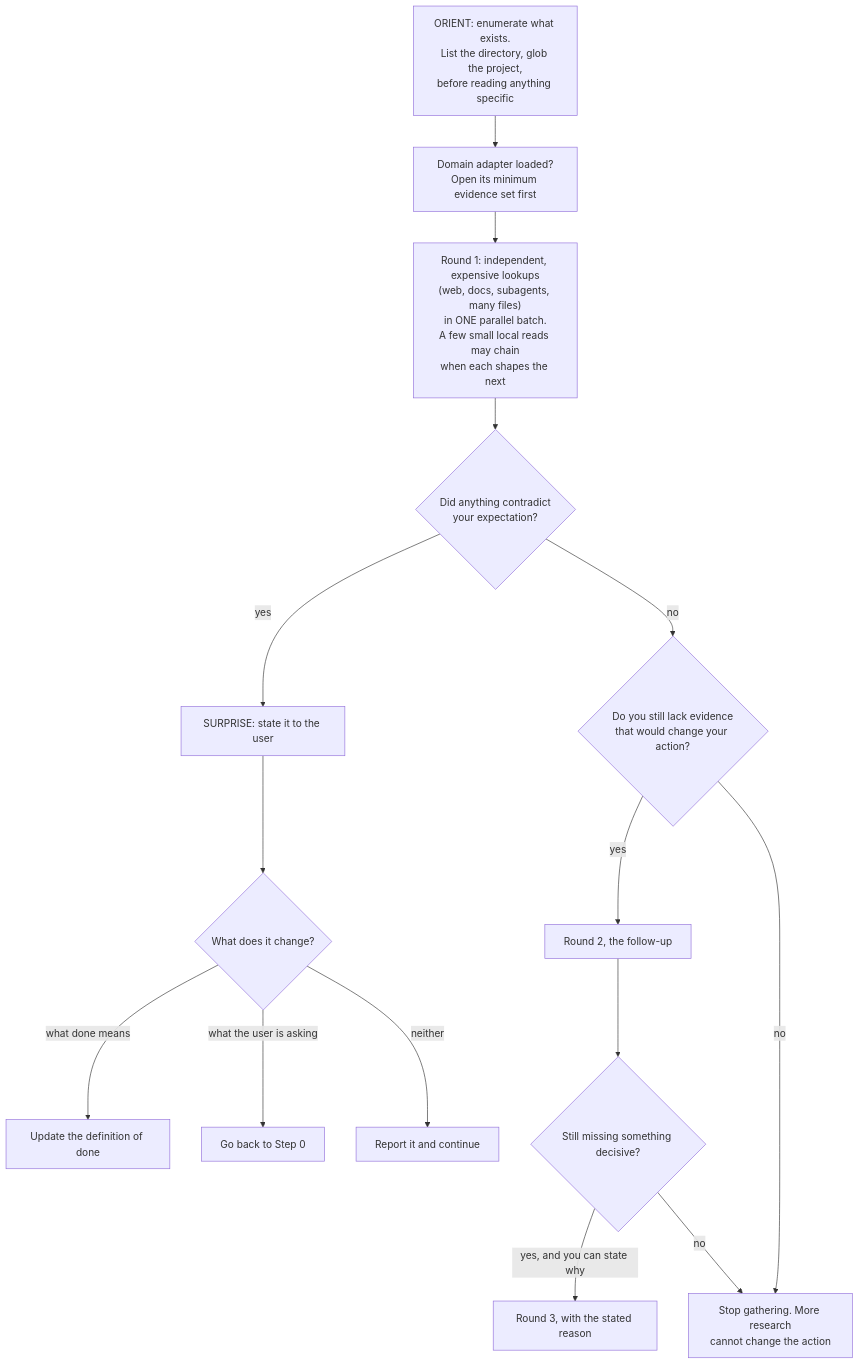
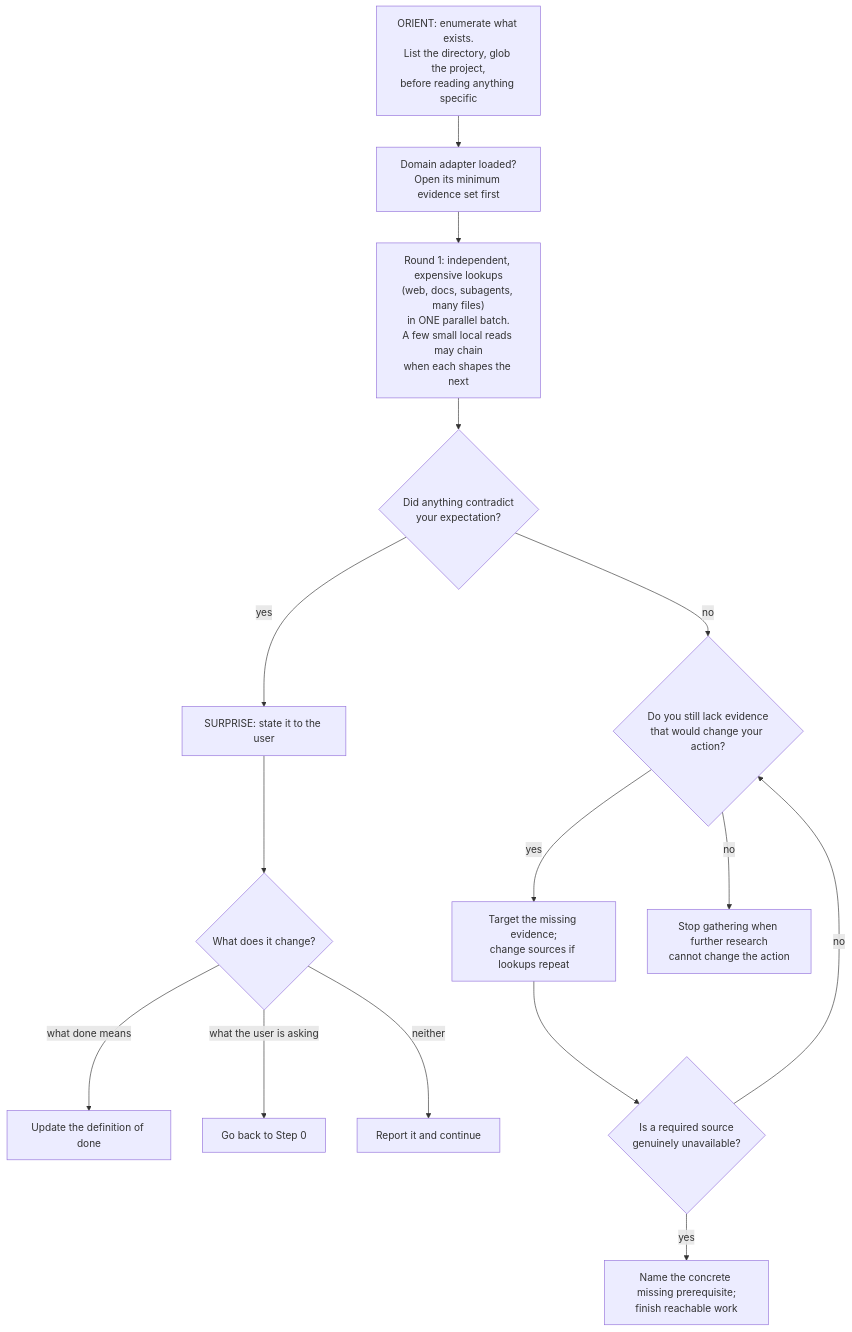
The third of 8 diagrams in skills/fable-method/references/flowcharts.md (oleg494/coding-kit), drawn with Mermaid before and after one commit. The commit also changed other lines of this file and 92 other files, not shown here.

````diff
--- a/skills/fable-method/references/flowcharts.md
+++ b/skills/fable-method/references/flowcharts.md
@@ -46,17 +46,17 @@
 ```mermaid
 flowchart TD
     O["ORIENT: enumerate what exists.<br/>List the directory, glob the project,<br/>before reading anything specific"] --> S["Domain adapter loaded?<br/>Open its minimum evidence set first"]
     S --> B1["Round 1: independent, expensive lookups<br/>(web, docs, subagents, many files)<br/>in ONE parallel batch.<br/>A few small local reads may chain<br/>when each shapes the next"]
     B1 --> N1{"Did anything contradict<br/>your expectation?"}
     N1 -->|yes| SUR["SURPRISE: state it to the user"]
     SUR --> R{"What does it change?"}
     R -->|"what done means"| U1["Update the definition of done"]
     R -->|"what the user is asking"| U0["Go back to Step 0"]
     R -->|neither| CONT["Report it and continue"]
     N1 -->|no| N2{"Do you still lack evidence<br/>that would change your action?"}
-    N2 -->|yes| B2["Round 2, the follow-up"]
-    N2 -->|no| DONE["Stop gathering. More research<br/>cannot change the action"]
-    B2 --> N3{"Still missing something decisive?"}
-    N3 -->|"yes, and you can state why"| B3["Round 3, with the stated reason"]
-    N3 -->|no| DONE
+    N2 -->|yes| B2["Target the missing evidence;<br/>change sources if lookups repeat"]
+    N2 -->|no| DONE["Stop gathering when further research<br/>cannot change the action"]
+    B2 --> N3{"Is a required source<br/>genuinely unavailable?"}
+    N3 -->|no| N2
+    N3 -->|yes| BLOCK["Name the concrete missing prerequisite;<br/>finish reachable work"]
 ```
````
